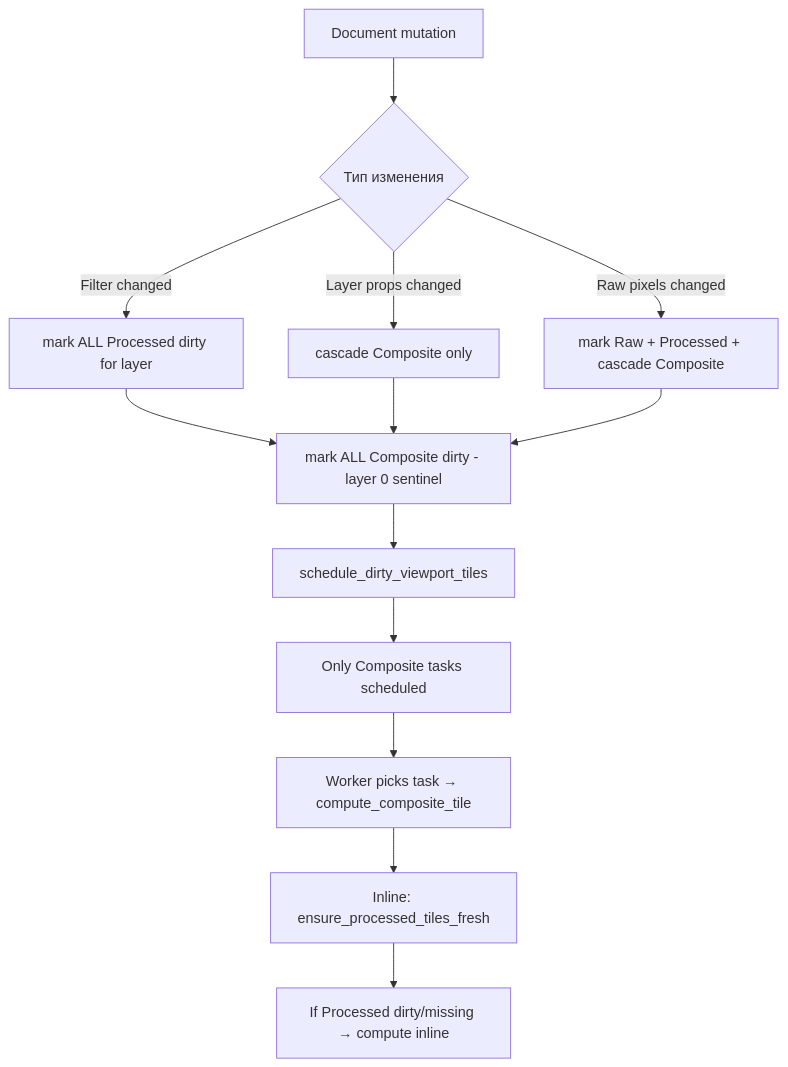
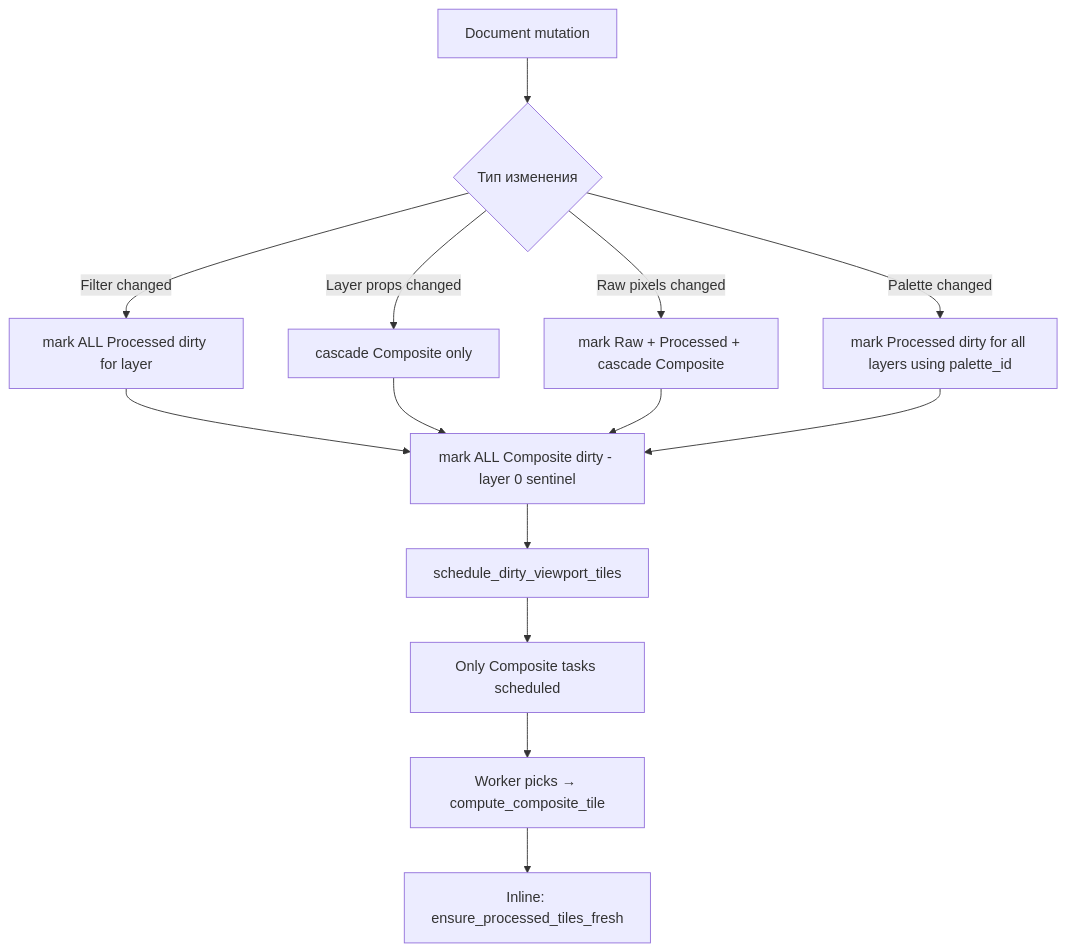
The fourth of 9 diagrams in ARCHITECTURE.md (edrdavid1/dith-yuki), drawn with Mermaid before and after one commit. The commit also changed other lines of this file and 317 other files, not shown here.

````diff
--- a/ARCHITECTURE.md
+++ b/ARCHITECTURE.md
@@ -853,15 +983,16 @@
 ```mermaid
 flowchart TD
     A[Document mutation] --> B{Тип изменения}
     B -->|Filter changed| C[mark ALL Processed dirty for layer]
     B -->|Layer props changed| D[cascade Composite only]
     B -->|Raw pixels changed| E[mark Raw + Processed + cascade Composite]
-    C --> F[mark ALL Composite dirty - layer 0 sentinel]
-    D --> F
-    E --> F
-    F --> G[schedule_dirty_viewport_tiles]
-    G --> H[Only Composite tasks scheduled]
-    H --> I[Worker picks task → compute_composite_tile]
-    I --> J[Inline: ensure_processed_tiles_fresh]
-    J --> K[If Processed dirty/missing → compute inline]
+    B -->|Palette changed| F[mark Processed dirty for all layers using palette_id]
+    C --> G[mark ALL Composite dirty - layer 0 sentinel]
+    D --> G
+    E --> G
+    F --> G
+    G --> H[schedule_dirty_viewport_tiles]
+    H --> I[Only Composite tasks scheduled]
+    I --> J[Worker picks → compute_composite_tile]
+    J --> K[Inline: ensure_processed_tiles_fresh]
 ```
````
